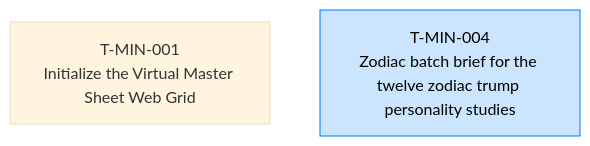
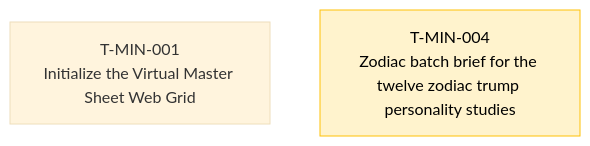
Before and after one commit to wgmilleriii/task_coordinator: the diagram in TASKS.md, drawn with Mermaid (base theme). The commit also changed other lines of this file and 2 other files, not shown here.

Commit message:
board: T-MIN-004 verified with captured evidence, submitted for PEER_REVIEW — first task through the full live pipeline

````diff
--- a/TASKS.md
+++ b/TASKS.md
@@ -7,9 +7,9 @@
 ```mermaid
 graph TD
     classDef done fill:#d4edda,stroke:#28a745,color:#000;
     classDef blocked fill:#f8d7da,stroke:#dc3545,color:#000;
     classDef review fill:#fff3cd,stroke:#ffc107,color:#000;
     classDef active fill:#cce5ff,stroke:#007bff,color:#000;
     T-MIN-001["T-MIN-001<br/>Initialize the Virtual Master Sheet Web Grid"]
-    T-MIN-004["T-MIN-004<br/>Zodiac batch brief for the twelve zodiac trump personality studies"]:::active
+    T-MIN-004["T-MIN-004<br/>Zodiac batch brief for the twelve zodiac trump personality studies"]:::review
 ```
````
